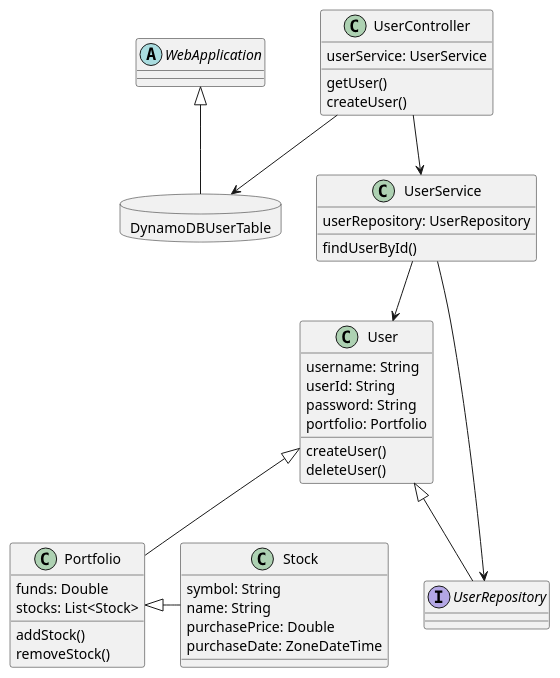
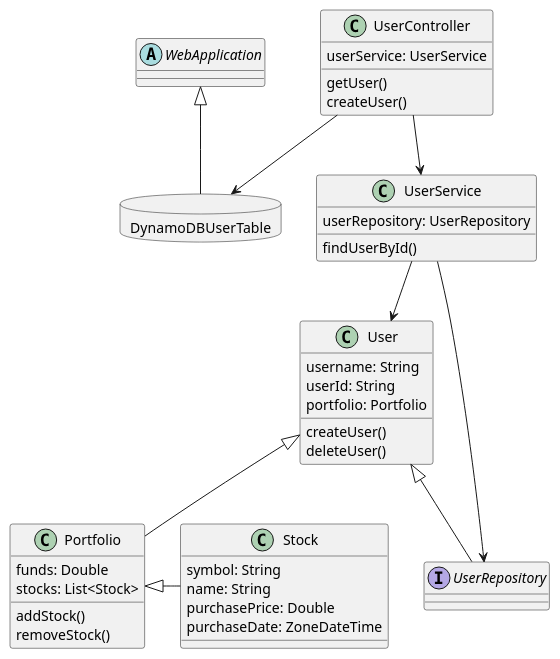
The diagram in Application/src/main/resources/UML.puml (NicholeD/lbc-time-travel-trading), drawn with PlantUML before and after one commit. The commit also changed 5 other files, not shown here.

```diff
--- a/Application/src/main/resources/UML.puml
+++ b/Application/src/main/resources/UML.puml
@@ -1,59 +1,58 @@
 @startuml
 'https://plantuml.com/class-diagram
 
 abstract class WebApplication
 
 class User{
 username: String
 userId: String
-password: String
 portfolio: Portfolio
 createUser()
 deleteUser()
 }
 
 class Portfolio{
 funds: Double
 stocks: List<Stock>
 addStock()
 removeStock()
 }
 
 class Stock{
 symbol: String
 name: String
 purchasePrice: Double
 purchaseDate: ZoneDateTime
 }
 
 database "DynamoDBUserTable" {
 }
 
 interface UserRepository
 
 class UserService{
 userRepository: UserRepository
 findUserById()
 }
 
 class UserController{
 userService: UserService
 getUser()
 createUser()
 }
 
 UserController --> UserService
 UserController --> "DynamoDBUserTable"
 
 UserService --> UserRepository
 UserService --> User
 
 User <|-- UserRepository
 
 WebApplication <|-- "DynamoDBUserTable"
 
 User <|-- Portfolio
 
 Portfolio <|- Stock
 
 @enduml
```
